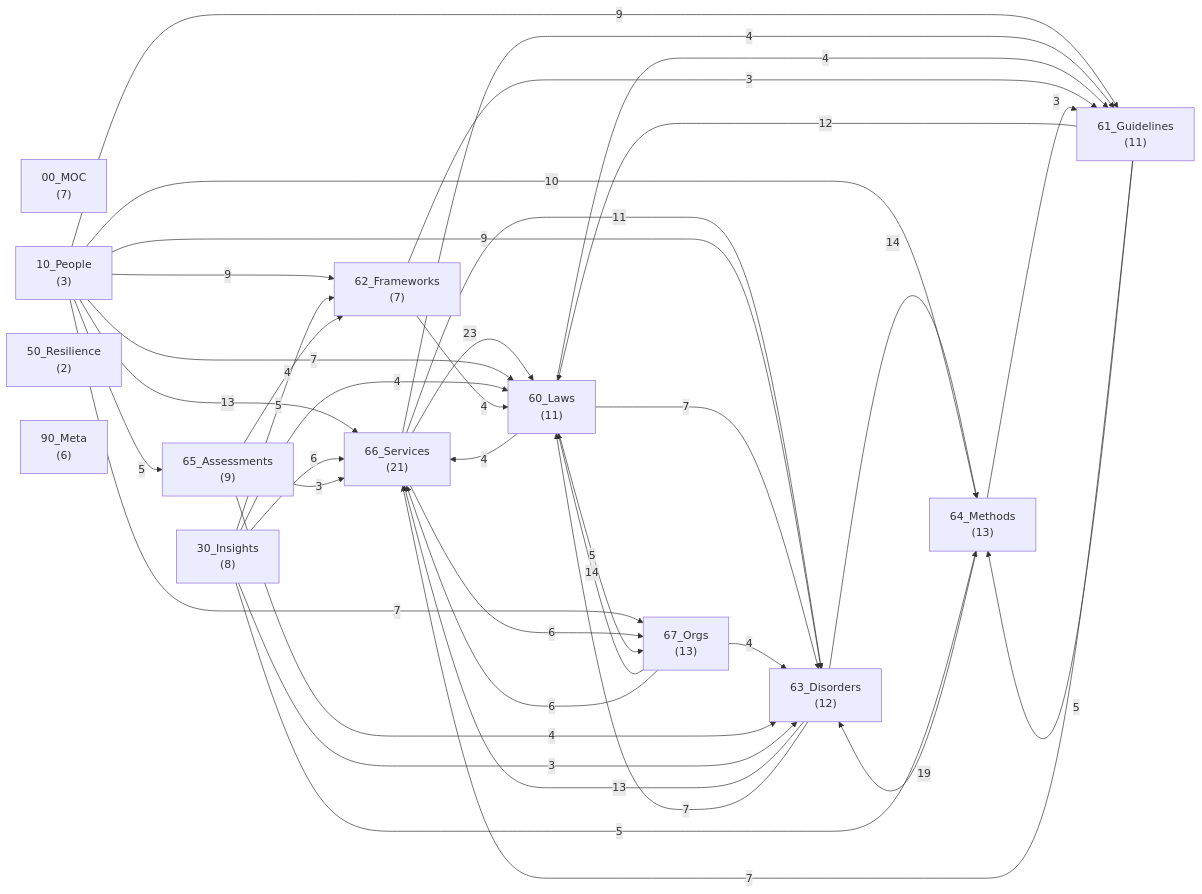
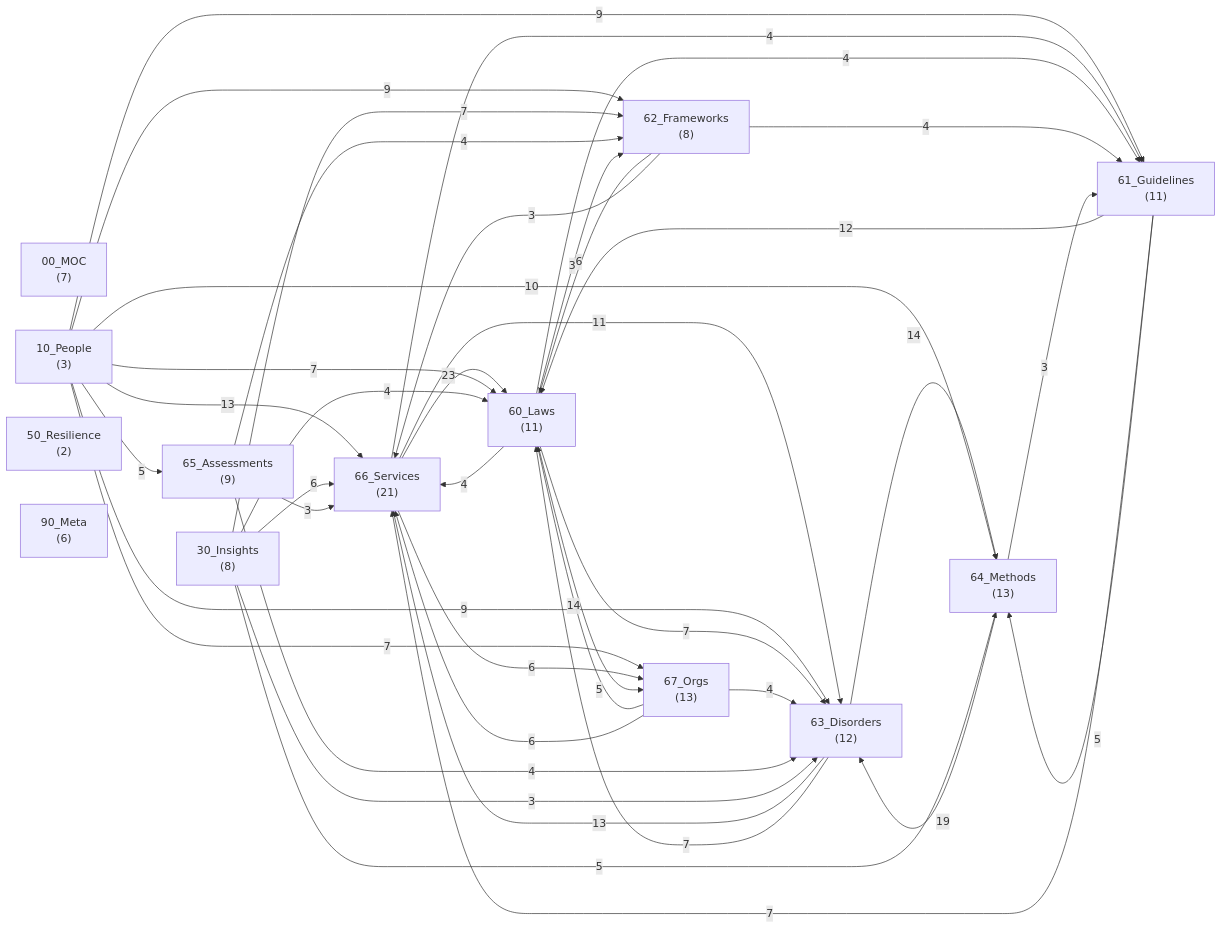
Before and after one commit to kazumasakawahara/welfare-graph: the diagram in overview.md, drawn with Mermaid. The commit also changed other lines of this file and 5 other files, not shown here.

````diff
--- a/overview.md
+++ b/overview.md
@@ -112,53 +113,55 @@
 ```mermaid
 graph LR
     00MOC["00_MOC<br/>(7)"]
     10People["10_People<br/>(3)"]
     30Insights["30_Insights<br/>(8)"]
     50Resilience["50_Resilience<br/>(2)"]
     60Laws["60_Laws<br/>(11)"]
     61Guidelines["61_Guidelines<br/>(11)"]
-    62Frameworks["62_Frameworks<br/>(7)"]
+    62Frameworks["62_Frameworks<br/>(8)"]
     63Disorders["63_Disorders<br/>(12)"]
     64Methods["64_Methods<br/>(13)"]
     65Assessments["65_Assessments<br/>(9)"]
     66Services["66_Services<br/>(21)"]
     67Orgs["67_Orgs<br/>(13)"]
     90Meta["90_Meta<br/>(6)"]
     66Services -->|23| 60Laws
     64Methods -->|19| 63Disorders
     67Orgs -->|14| 60Laws
     63Disorders -->|14| 64Methods
     63Disorders -->|13| 66Services
     10People -->|13| 66Services
     61Guidelines -->|12| 60Laws
     66Services -->|11| 63Disorders
     10People -->|10| 64Methods
     10People -->|9| 63Disorders
     10People -->|9| 62Frameworks
     10People -->|9| 61Guidelines
+    30Insights -->|7| 62Frameworks
     61Guidelines -->|7| 66Services
     63Disorders -->|7| 60Laws
     60Laws -->|7| 63Disorders
     10People -->|7| 60Laws
     10People -->|7| 67Orgs
     30Insights -->|6| 66Services
     67Orgs -->|6| 66Services
     66Services -->|6| 67Orgs
-    30Insights -->|5| 62Frameworks
+    62Frameworks -->|6| 60Laws
     30Insights -->|5| 64Methods
     61Guidelines -->|5| 64Methods
     60Laws -->|5| 67Orgs
     10People -->|5| 65Assessments
     30Insights -->|4| 60Laws
     67Orgs -->|4| 63Disorders
     66Services -->|4| 61Guidelines
     60Laws -->|4| 61Guidelines
     60Laws -->|4| 66Services
-    62Frameworks -->|4| 60Laws
+    62Frameworks -->|4| 61Guidelines
     65Assessments -->|4| 62Frameworks
     65Assessments -->|4| 63Disorders
     30Insights -->|3| 63Disorders
-    62Frameworks -->|3| 61Guidelines
+    60Laws -->|3| 62Frameworks
+    62Frameworks -->|3| 66Services
     65Assessments -->|3| 66Services
     64Methods -->|3| 61Guidelines
 ```
````
